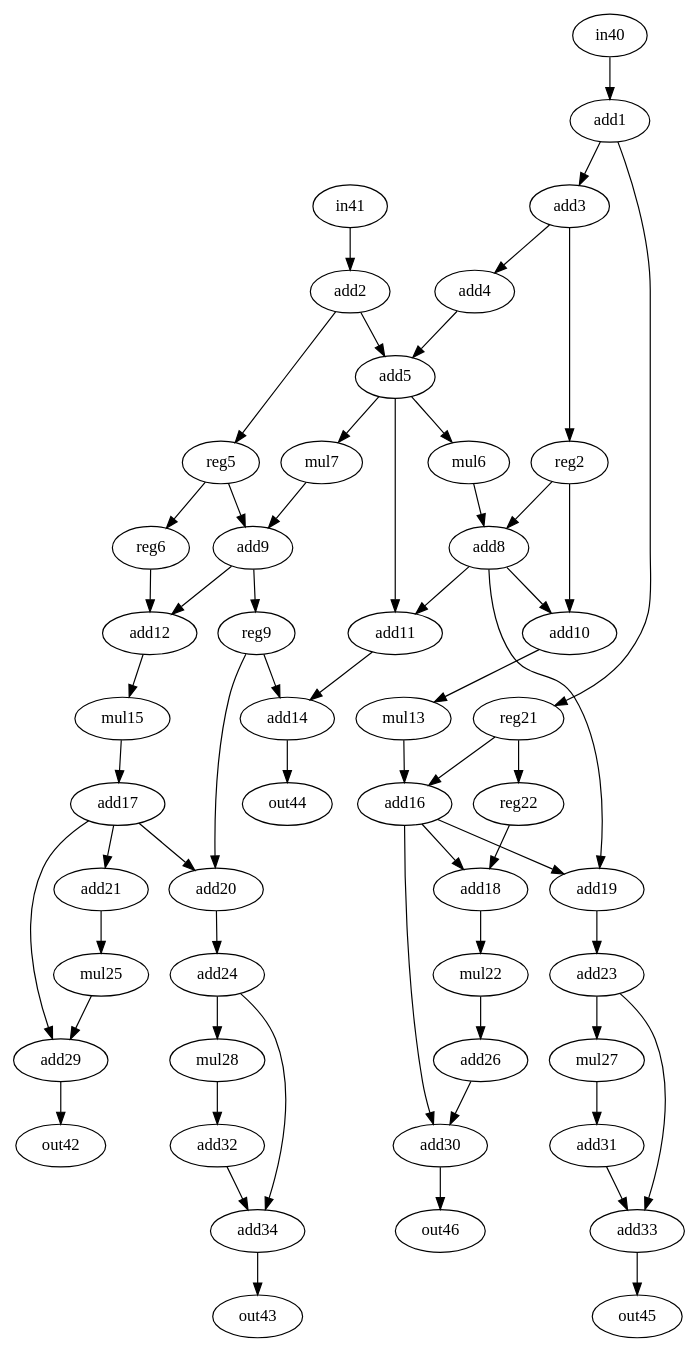
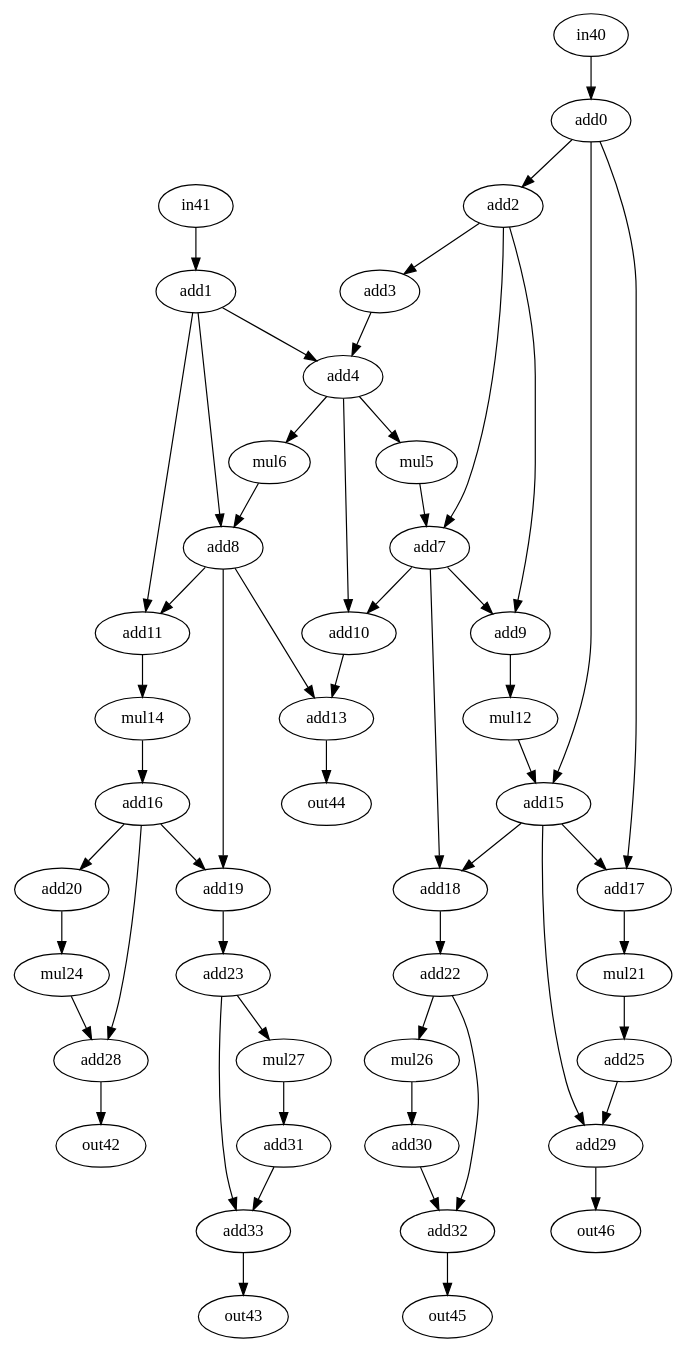
Before and after one commit to jeronimopenha/traversal_project: the diagram in bench/test_bench/assincrono/ewf.dot, drawn with Graphviz. The commit also changed 1 other file, not shown here.

```diff
--- a/bench/test_bench/assincrono/ewf.dot
+++ b/bench/test_bench/assincrono/ewf.dot
@@ -1,109 +1,97 @@
 strict digraph "ewf" {
-0 [label=add1, op=addi, value=2];
-1 [label=add2, op=addi, value=2];
-2 [label=add3, op=addi, value=2];
-3 [label=add4, op=addi, value=2];
-4 [label=add5, op=add];
-5 [label=mul6, op=muli, value=2];
-6 [label=mul7, op=muli, value=2];
-7 [label=add8, op=add];
-8 [label=add9, op=add];
-9 [label=add10, op=add];
-10 [label=add11, op=add];
-11 [label=add12, op=add];
-12 [label=mul13, op=muli, value=2];
-13 [label=add14, op=add];
-14 [label=mul15, op=muli, value=2];
-15 [label=add16, op=add];
-16 [label=add17, op=addi, value=2];
-17 [label=add18, op=add];
-18 [label=add19, op=add];
-19 [label=add20, op=add];
-20 [label=add21, op=addi, value=2];
-21 [label=mul22, op=muli, value=2];
-22 [label=add23, op=addi, value=2];
-23 [label=add24, op=addi, value=2];
-24 [label=mul25, op=muli, value=2];
-25 [label=add26, op=addi, value=2];
-26 [label=mul27, op=muli, value=2];
-27 [label=mul28, op=muli, value=2];
-28 [label=add29, op=add];
-29 [label=add30, op=add];
-30 [label=add31, op=addi, value=2];
-31 [label=add32, op=addi, value=2];
-32 [label=add33, op=add];
-33 [label=add34, op=add];
-34 [label=reg21, op=reg];
-35 [label=reg22, op=reg];
-36 [label=reg5, op=reg];
-37 [label=reg6, op=reg];
-38 [label=reg2, op=reg];
-39 [label=reg9, op=reg];
+0 [label=add0, op=addi, value=2];
+1 [label=add1, op=addi, value=2];
+2 [label=add2, op=addi, value=2];
+3 [label=add3, op=addi, value=2];
+4 [label=add4, op=add];
+5 [label=mul5, op=muli, value=2];
+6 [label=mul6, op=muli, value=2];
+7 [label=add7, op=add];
+8 [label=add8, op=add];
+9 [label=add9, op=add];
+10 [label=add10, op=add];
+11 [label=add11, op=add];
+12 [label=mul12, op=muli, value=2];
+13 [label=add13, op=add];
+14 [label=mul14, op=muli, value=2];
+15 [label=add15, op=add];
+16 [label=add16, op=addi, value=2];
+17 [label=add17, op=add];
+18 [label=add18, op=add];
+19 [label=add19, op=add];
+20 [label=add20, op=addi, value=2];
+21 [label=mul21, op=muli, value=2];
+22 [label=add22, op=addi, value=2];
+23 [label=add23, op=addi, value=2];
+24 [label=mul24, op=muli, value=2];
+25 [label=add25, op=addi, value=2];
+26 [label=mul26, op=muli, value=2];
+27 [label=mul27, op=muli, value=2];
+28 [label=add28, op=add];
+29 [label=add29, op=add];
+30 [label=add30, op=addi, value=2];
+31 [label=add31, op=addi, value=2];
+32 [label=add32, op=add];
+33 [label=add33, op=add];
 40 [label=in40, op=in];
 41 [label=in41, op=in];
 42 [label=out42, op=out];
 43 [label=out43, op=out];
 44 [label=out44, op=out];
 45 [label=out45, op=out];
 46 [label=out46, op=out];
 0 -> 2  [port=0, w=0];
-0 -> 34  [port=0, w=0];
 1 -> 4  [port=0, w=0];
-1 -> 36  [port=0, w=0];
 2 -> 3  [port=0, w=0];
-2 -> 38  [port=0, w=0];
 3 -> 4  [port=1, w=0];
 4 -> 5  [port=0, w=0];
 4 -> 6  [port=0, w=0];
 4 -> 10  [port=0, w=0];
 5 -> 7  [port=0, w=0];
 6 -> 8  [port=0, w=0];
 7 -> 9  [port=0, w=0];
 7 -> 10  [port=1, w=0];
 7 -> 18  [port=0, w=0];
 8 -> 11  [port=0, w=0];
-8 -> 39  [port=0, w=0];
 9 -> 12  [port=0, w=0];
 10 -> 13  [port=0, w=0];
 11 -> 14  [port=0, w=0];
 12 -> 15  [port=0, w=0];
 13 -> 44  [port=0, w=0];
 14 -> 16  [port=0, w=0];
 15 -> 17  [port=0, w=0];
 15 -> 18  [port=1, w=0];
 15 -> 29  [port=0, w=0];
 16 -> 19  [port=0, w=0];
 16 -> 20  [port=0, w=0];
 16 -> 28  [port=0, w=0];
 17 -> 21  [port=0, w=0];
 18 -> 22  [port=0, w=0];
 19 -> 23  [port=0, w=0];
 20 -> 24  [port=0, w=0];
 21 -> 25  [port=0, w=0];
 22 -> 26  [port=0, w=0];
 22 -> 32  [port=0, w=0];
 23 -> 27  [port=0, w=0];
 23 -> 33  [port=0, w=0];
 24 -> 28  [port=1, w=0];
 25 -> 29  [port=1, w=0];
 26 -> 30  [port=0, w=0];
 27 -> 31  [port=0, w=0];
 28 -> 42  [port=0, w=0];
 29 -> 46  [port=0, w=0];
 30 -> 32  [port=1, w=0];
 31 -> 33  [port=1, w=0];
 32 -> 45  [port=0, w=0];
 33 -> 43  [port=0, w=0];
-34 -> 15  [port=1, w=0];
-34 -> 35  [port=0, w=0];
-35 -> 17  [port=1, w=0];
-36 -> 8  [port=1, w=0];
-36 -> 37  [port=0, w=0];
-37 -> 11  [port=1, w=0];
-38 -> 7  [port=1, w=0];
-38 -> 9  [port=1, w=0];
-39 -> 13  [port=1, w=0];
-39 -> 19  [port=1, w=0];
+0 -> 15  [port=1, w=0];
+0 -> 17  [port=1, w=0];
+1 -> 8  [port=1, w=0];
+1 -> 11  [port=1, w=0];
+2 -> 7  [port=1, w=0];
+2 -> 9  [port=1, w=0];
+8 -> 13  [port=1, w=0];
+8 -> 19  [port=1, w=0];
 40 -> 0  [port=0, w=0];
 41 -> 1  [port=0, w=0];
 }
```
